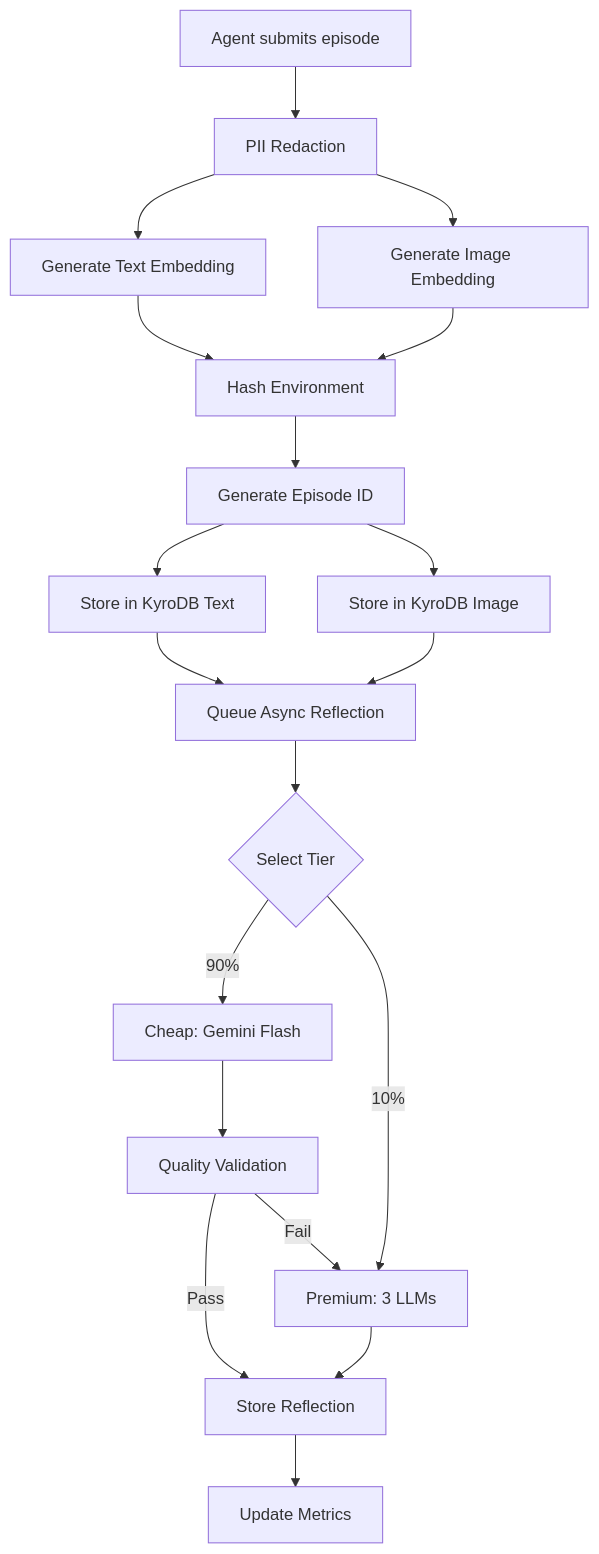
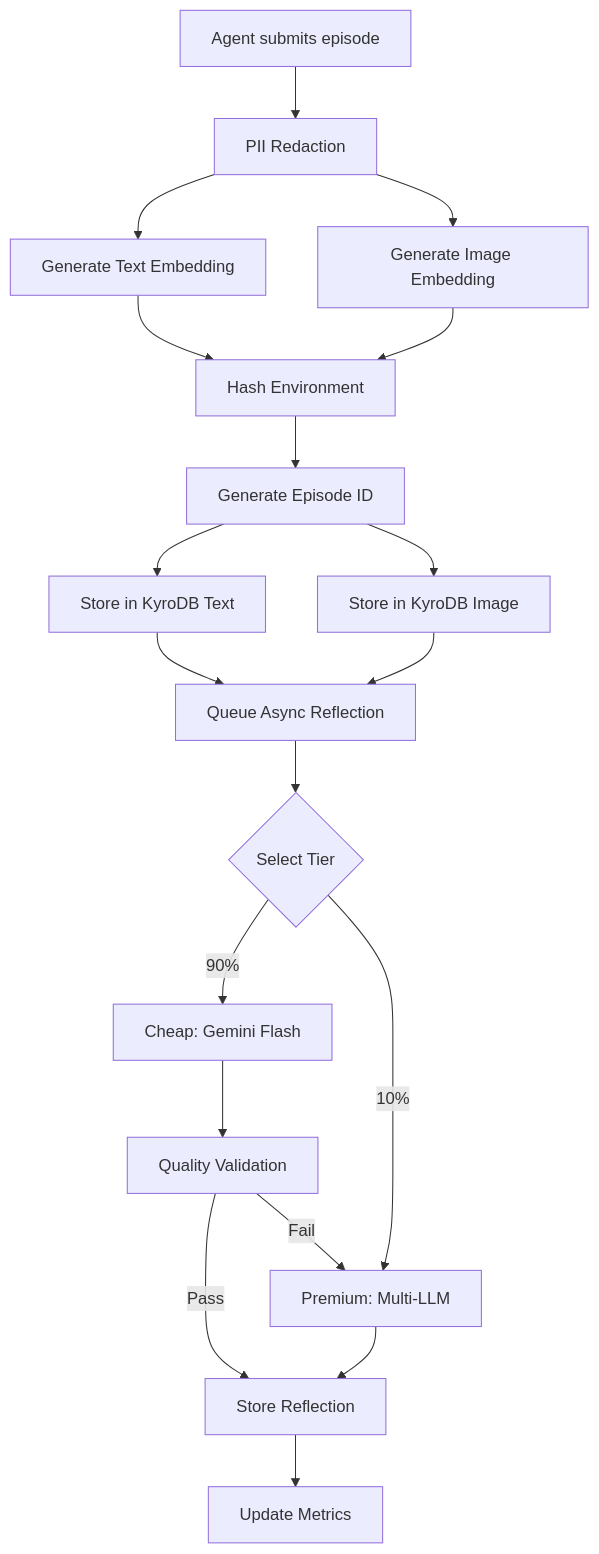
The diagram in docs/STORAGE_ARCHITECTURE.md (KyroDB/Vritti), drawn with Mermaid before and after one commit. The commit also changed other lines of this file and 62 other files, not shown here.

````diff
--- a/docs/STORAGE_ARCHITECTURE.md
+++ b/docs/STORAGE_ARCHITECTURE.md
@@ -360,21 +360,21 @@
 ```mermaid
 graph TD
     A[Agent submits episode] --> B[PII Redaction]
     B --> C[Generate Text Embedding]
     B --> D[Generate Image Embedding]
     C --> E[Hash Environment]
     D --> E
     E --> F[Generate Episode ID]
     F --> G[Store in KyroDB Text]
     F --> H[Store in KyroDB Image]
     G --> I[Queue Async Reflection]
     H --> I
     I --> J{Select Tier}
     J -->|90%| K[Cheap: Gemini Flash]
-    J -->|10%| L[Premium: 3 LLMs]
+    J -->|10%| L[Premium: Multi-LLM]
     K --> M[Quality Validation]
     M -->|Pass| N[Store Reflection]
     M -->|Fail| L
     L --> N
     N --> O[Update Metrics]
 ```
````
